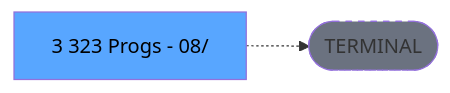
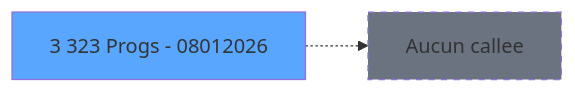
The third of 3 diagrams in .openspec/specs/ADH-IDE-3.md (thonyAGP/lecteur-magic), drawn with Mermaid before and after one commit. The commit also changed other lines of this file and 96 other files, not shown here.

````diff
--- a/.openspec/specs/ADH-IDE-3.md
+++ b/.openspec/specs/ADH-IDE-3.md
@@ -134,8 +121,8 @@
 ```mermaid
 graph LR
-    T[3 323 Progs - 08/]
-    TERM([TERMINAL])
-    T -.-> TERM
-    style TERM fill:#6b7280,stroke-dasharray: 5 5
-    style T fill:#58a6ff,color:#000
+    T3[3 323 Progs - 08012026]
+    style T3 fill:#58a6ff
+    NONE[Aucun callee]
+    T3 -.-> NONE
+    style NONE fill:#6b7280,stroke-dasharray: 5 5
 ```
````
